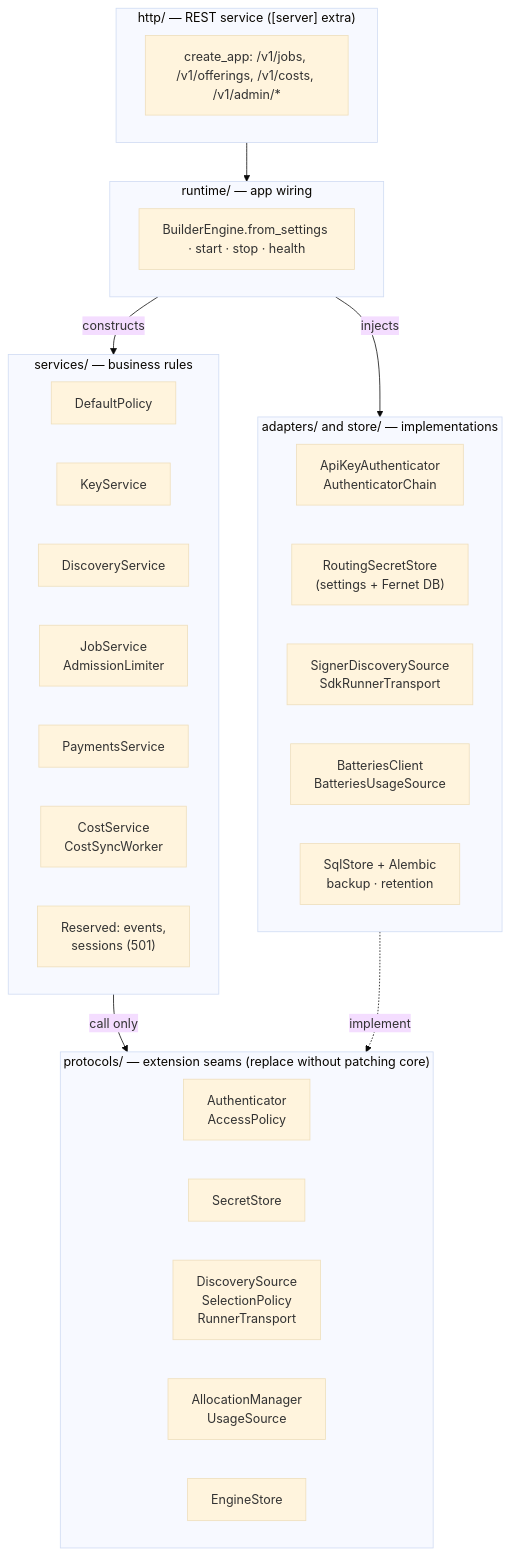
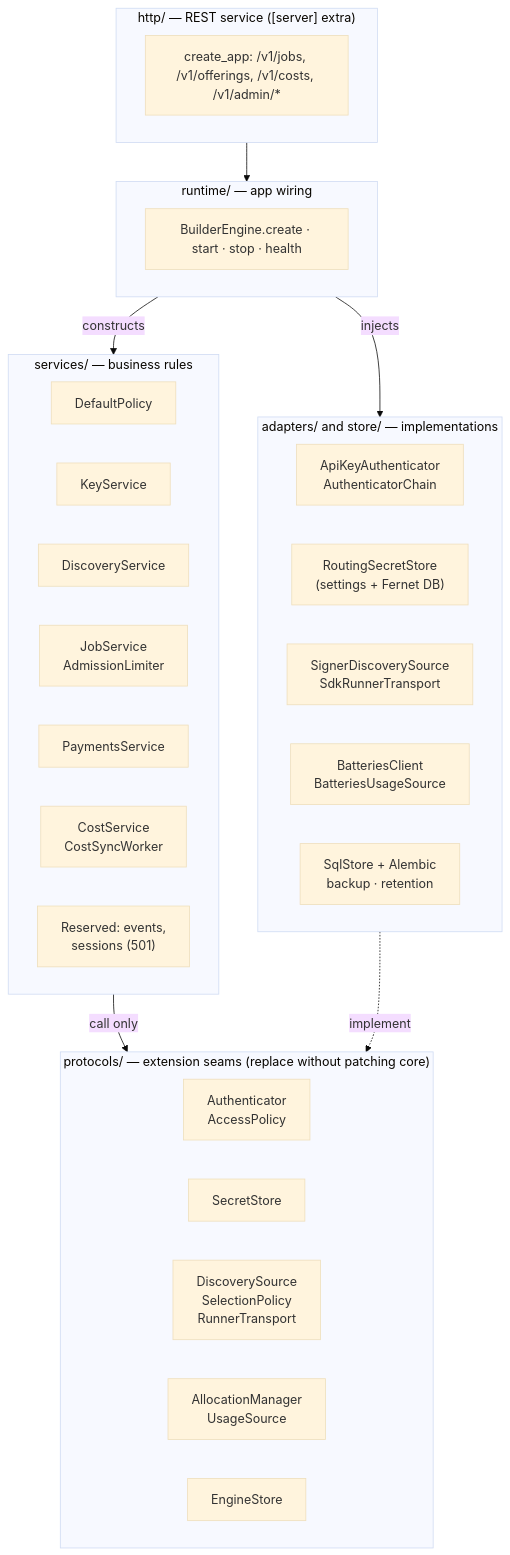
Before and after one commit to NE-Build-Track/livepeer-builder-core: the second of 12 diagrams in docs/design-docs/architecture-diagrams.md, drawn with Mermaid (base theme). The commit also changed 17 other files, not shown here.

First line of the commit message:
refactor(runtime): every caller builds the engine with create; from_settings is gone

````diff
--- a/docs/design-docs/architecture-diagrams.md
+++ b/docs/design-docs/architecture-diagrams.md
@@ -58,40 +58,40 @@
 ```mermaid
 flowchart TB
     subgraph UI["http/ — REST service ([server] extra)"]
         Routes["create_app: /v1/jobs, /v1/offerings, /v1/costs, /v1/admin/*"]
     end
     subgraph Wiring["runtime/ — app wiring"]
-        BE["BuilderEngine.from_settings · start · stop · health"]
+        BE["BuilderEngine.create · start · stop · health"]
     end
     subgraph Services["services/ — business rules"]
         direction LR
         Policy["DefaultPolicy"]
         Keys["KeyService"]
         Disc["DiscoveryService"]
         Jobs["JobService<br/>AdmissionLimiter"]
         Pay["PaymentsService"]
         Costs["CostService<br/>CostSyncWorker"]
         Res["Reserved: events,<br/>sessions (501)"]
     end
     subgraph Protocols["protocols/ — extension seams (replace without patching core)"]
         direction LR
         PAuth["Authenticator<br/>AccessPolicy"]
         PSec["SecretStore"]
         PNet["DiscoverySource<br/>SelectionPolicy<br/>RunnerTransport"]
         PPay["AllocationManager<br/>UsageSource"]
         PStore["EngineStore"]
     end
     subgraph Impl["adapters/ and store/ — implementations"]
         direction LR
         AAuth["ApiKeyAuthenticator<br/>AuthenticatorChain"]
         ASec["RoutingSecretStore<br/>(settings + Fernet DB)"]
         ASdk["SignerDiscoverySource<br/>SdkRunnerTransport"]
         ABat["BatteriesClient<br/>BatteriesUsageSource"]
         SQL["SqlStore + Alembic<br/>backup · retention"]
     end
     UI --> Wiring
     Wiring -->|"constructs"| Services
     Wiring -->|"injects"| Impl
     Services -->|"call only"| Protocols
     Impl -.->|"implement"| Protocols
 ```
````
